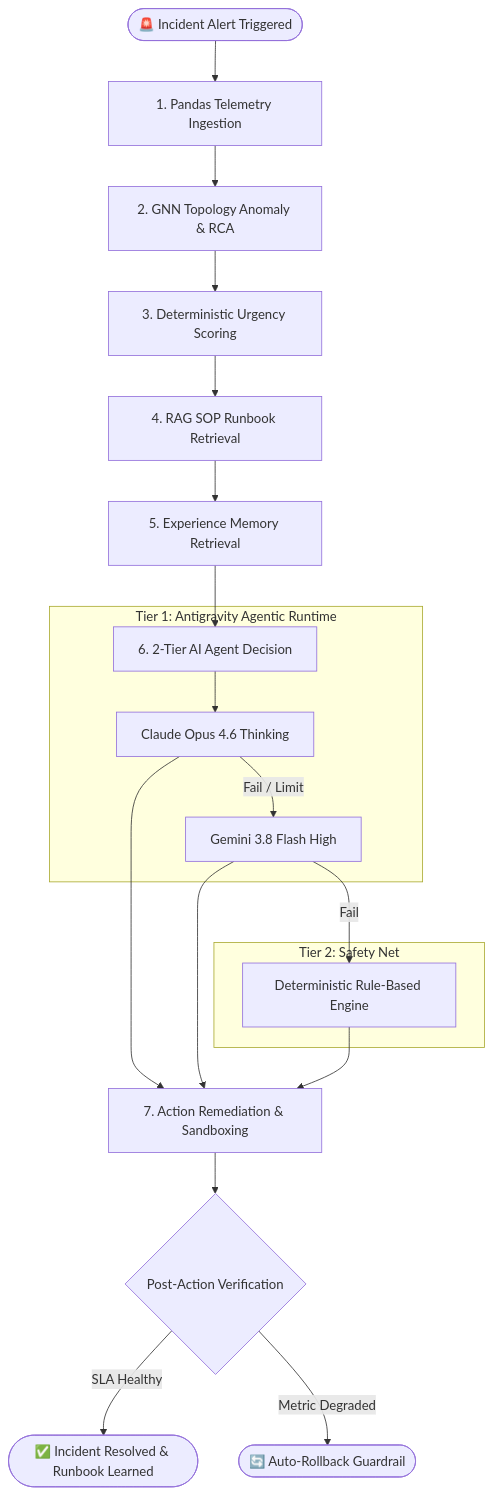
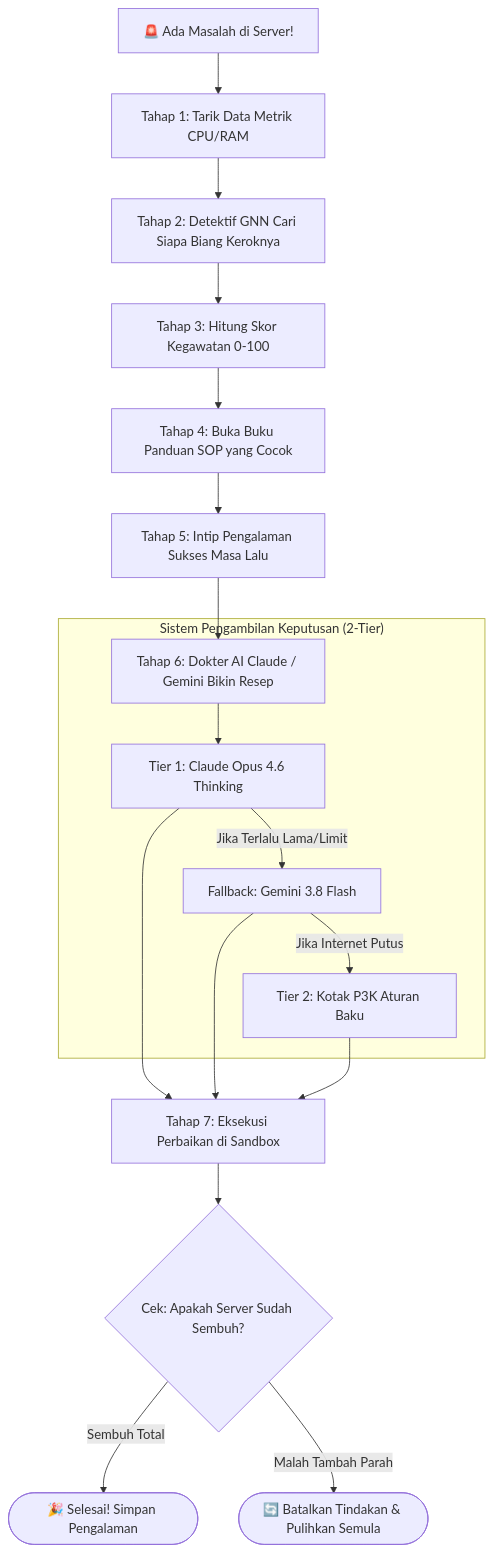
Before and after one commit to naufalln85/XSFCI: the diagram in xfsci_complete_project_summary_hackmd.md, drawn with Mermaid. The commit also changed other lines of this file, not shown here.

````diff
--- a/xfsci_complete_project_summary_hackmd.md
+++ b/xfsci_complete_project_summary_hackmd.md
@@ -85,26 +98,23 @@
 ```mermaid
 graph TD
-    Alert([🚨 Incident Alert Triggered]) --> S1[1. Pandas Telemetry Ingestion]
-    S1 --> S2[2. GNN Topology Anomaly & RCA]
-    S2 --> S3[3. Deterministic Urgency Scoring]
-    S3 --> S4[4. RAG SOP Runbook Retrieval]
-    S4 --> S5[5. Experience Memory Retrieval]
-    S5 --> S6[6. 2-Tier AI Agent Decision]
+    A[🚨 Ada Masalah di Server!] --> S1[Tahap 1: Tarik Data Metrik CPU/RAM]
+    S1 --> S2[Tahap 2: Detektif GNN Cari Siapa Biang Keroknya]
+    S2 --> S3[Tahap 3: Hitung Skor Kegawatan 0-100]
+    S3 --> S4[Tahap 4: Buka Buku Panduan SOP yang Cocok]
+    S4 --> S5[Tahap 5: Intip Pengalaman Sukses Masa Lalu]
+    S5 --> S6[Tahap 6: Dokter AI Claude / Gemini Bikin Resep]
     
-    subgraph "Tier 1: Antigravity Agentic Runtime"
-        S6 --> T1A[Claude Opus 4.6 Thinking]
-        T1A -- Fail / Limit --> T1B[Gemini 3.8 Flash High]
-    end
-    
-    subgraph "Tier 2: Safety Net"
-        T1B -- Fail --> T2[Deterministic Rule-Based Engine]
+    subgraph "Sistem Pengambilan Keputusan (2-Tier)"
+        S6 --> T1[Tier 1: Claude Opus 4.6 Thinking]
+        T1 -- Jika Terlalu Lama/Limit --> T2[Fallback: Gemini 3.8 Flash]
+        T2 -- Jika Internet Putus --> T3[Tier 2: Kotak P3K Aturan Baku]
     end
 
-    T1A --> S7[7. Action Remediation & Sandboxing]
-    T1B --> S7
+    T1 --> S7[Tahap 7: Eksekusi Perbaikan di Sandbox]
     T2 --> S7
+    T3 --> S7
     
-    S7 --> Verif{Post-Action Verification}
-    Verif -- SLA Healthy --> Success([✅ Incident Resolved & Runbook Learned])
-    Verif -- Metric Degraded --> Rollback([🔄 Auto-Rollback Guardrail])
+    S7 --> Cek{Cek: Apakah Server Sudah Sembuh?}
+    Cek -- Sembuh Total --> OK([🎉 Selesai! Simpan Pengalaman])
+    Cek -- Malah Tambah Parah --> Rollback([🔄 Batalkan Tindakan & Pulihkan Semula])
 ```
````
